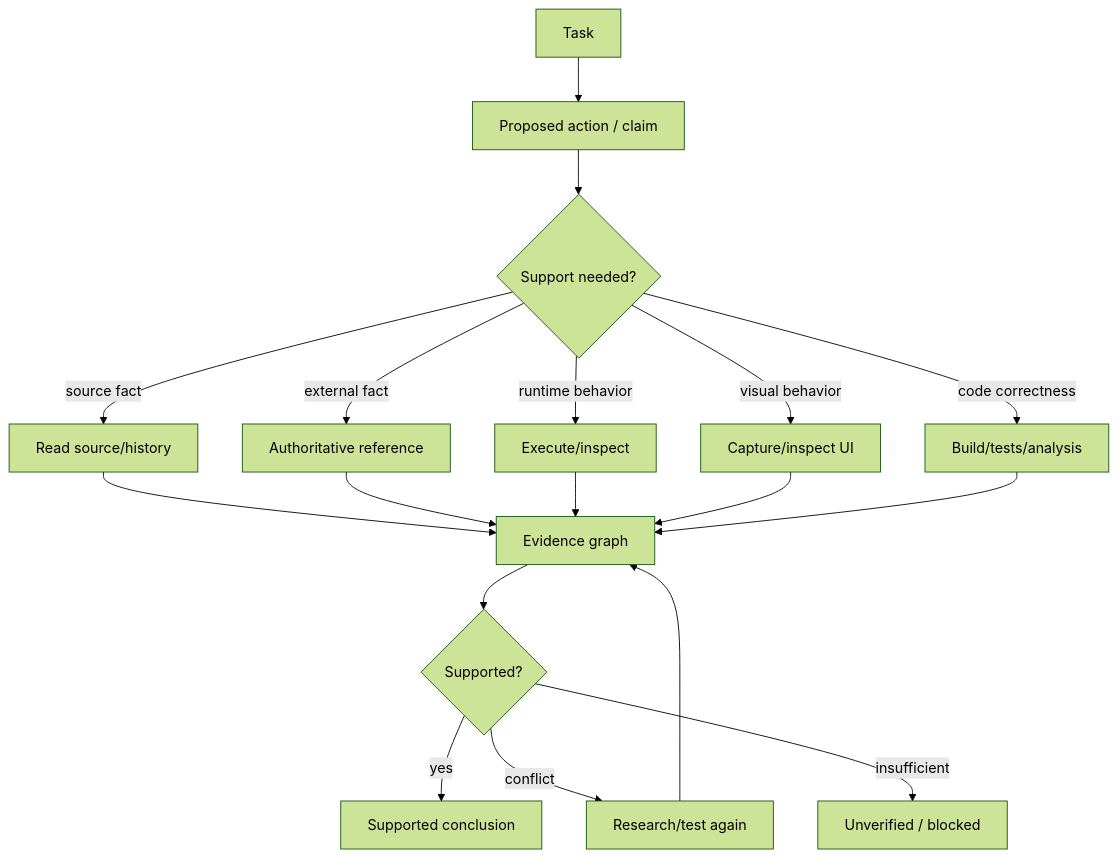
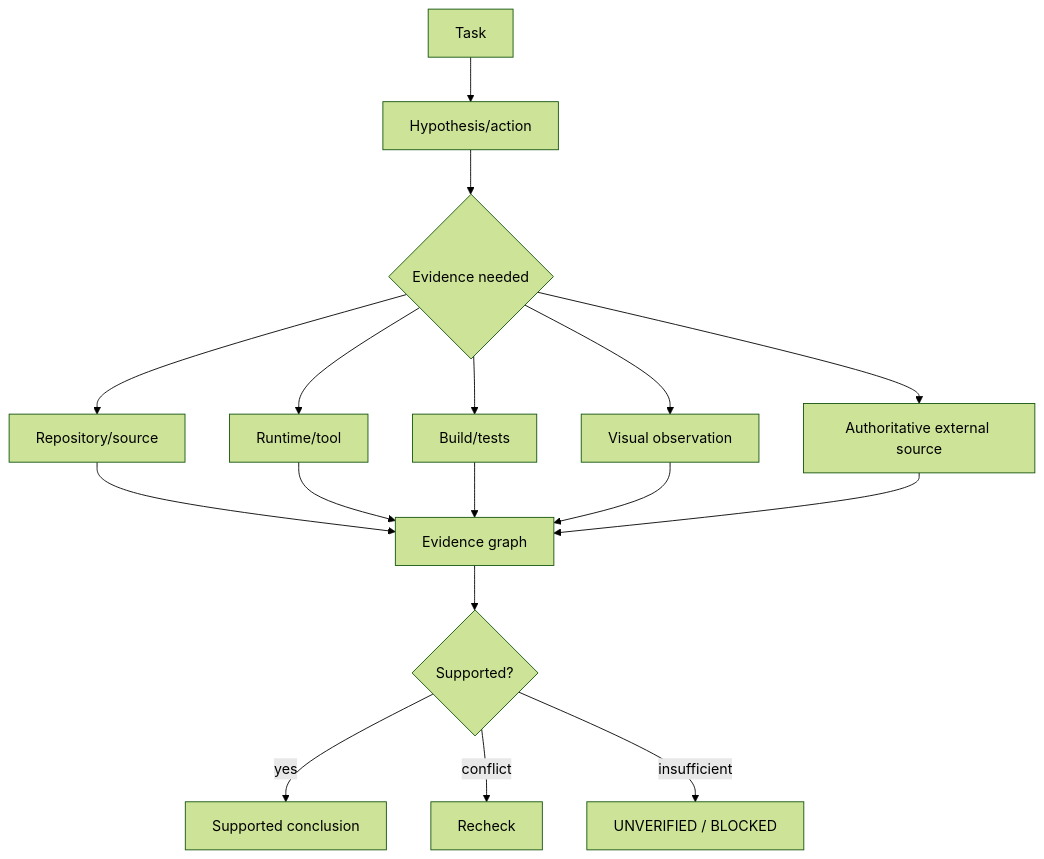
The diagram in docs/agent-architecture/VERIFICATION_AND_EVIDENCE.md (ORCHORDS-LCC/OAI-2.0), drawn with Mermaid (forest theme) before and after one commit. The commit also changed other lines of this file and 23 other files, not shown here.

````diff
--- a/docs/agent-architecture/VERIFICATION_AND_EVIDENCE.md
+++ b/docs/agent-architecture/VERIFICATION_AND_EVIDENCE.md
@@ -7,20 +11,19 @@
 ```mermaid
 flowchart TD
-    Q[Task] --> P[Proposed action / claim]
-    P --> S{Support needed?}
-    S -->|source fact| SRC[Read source/history]
-    S -->|external fact| WEB[Authoritative reference]
-    S -->|runtime behavior| RUN[Execute/inspect]
-    S -->|visual behavior| VIS[Capture/inspect UI]
-    S -->|code correctness| TEST[Build/tests/analysis]
+    Q[Task] --> H[Hypothesis/action]
+    H --> S{Evidence needed}
+    S --> SRC[Repository/source]
+    S --> RUN[Runtime/tool]
+    S --> TEST[Build/tests]
+    S --> VIS[Visual observation]
+    S --> EXT[Authoritative external source]
     SRC --> E[Evidence graph]
-    WEB --> E
     RUN --> E
+    TEST --> E
     VIS --> E
-    TEST --> E
+    EXT --> E
     E --> C{Supported?}
     C -->|yes| O[Supported conclusion]
-    C -->|conflict| R[Research/test again]
-    C -->|insufficient| U[Unverified / blocked]
-    R --> E
+    C -->|conflict| R[Recheck]
+    C -->|insufficient| U[UNVERIFIED / BLOCKED]
 ```
````
